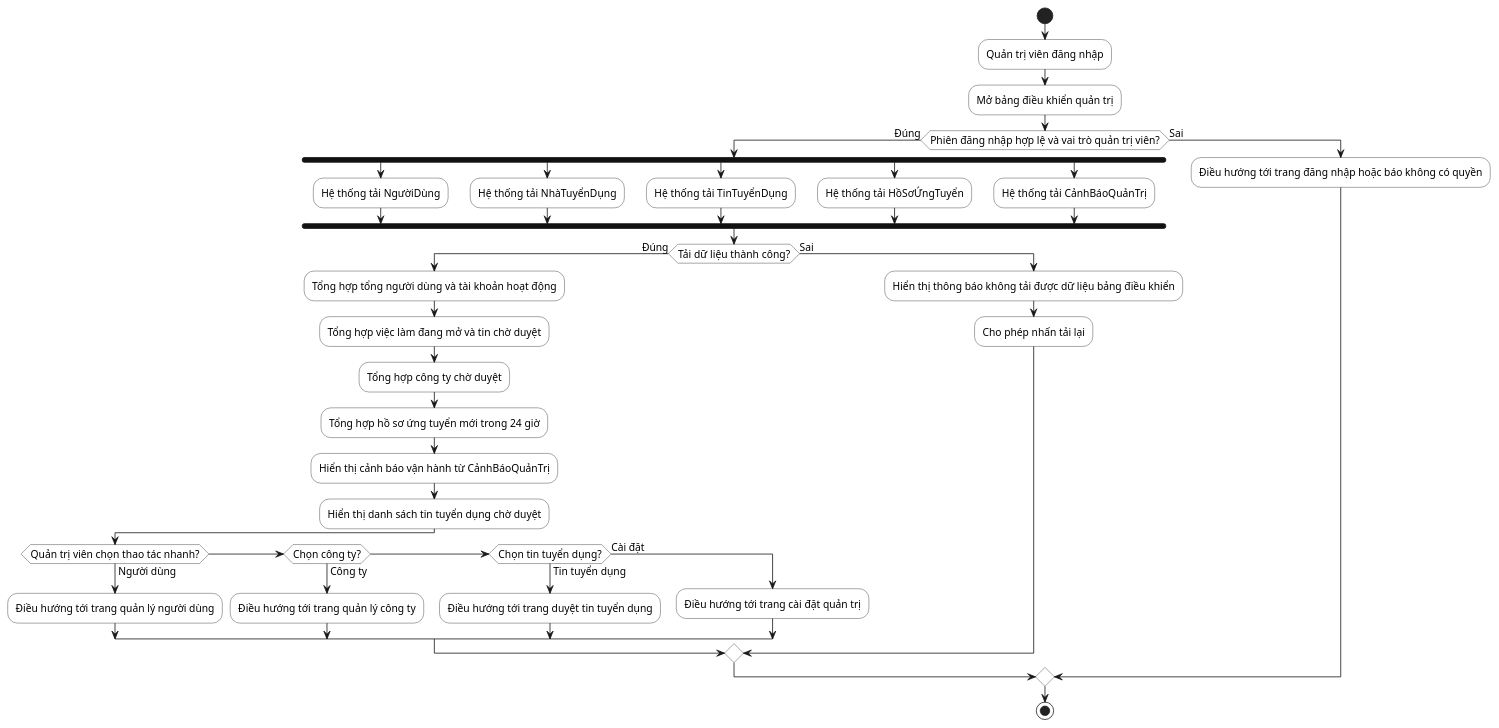
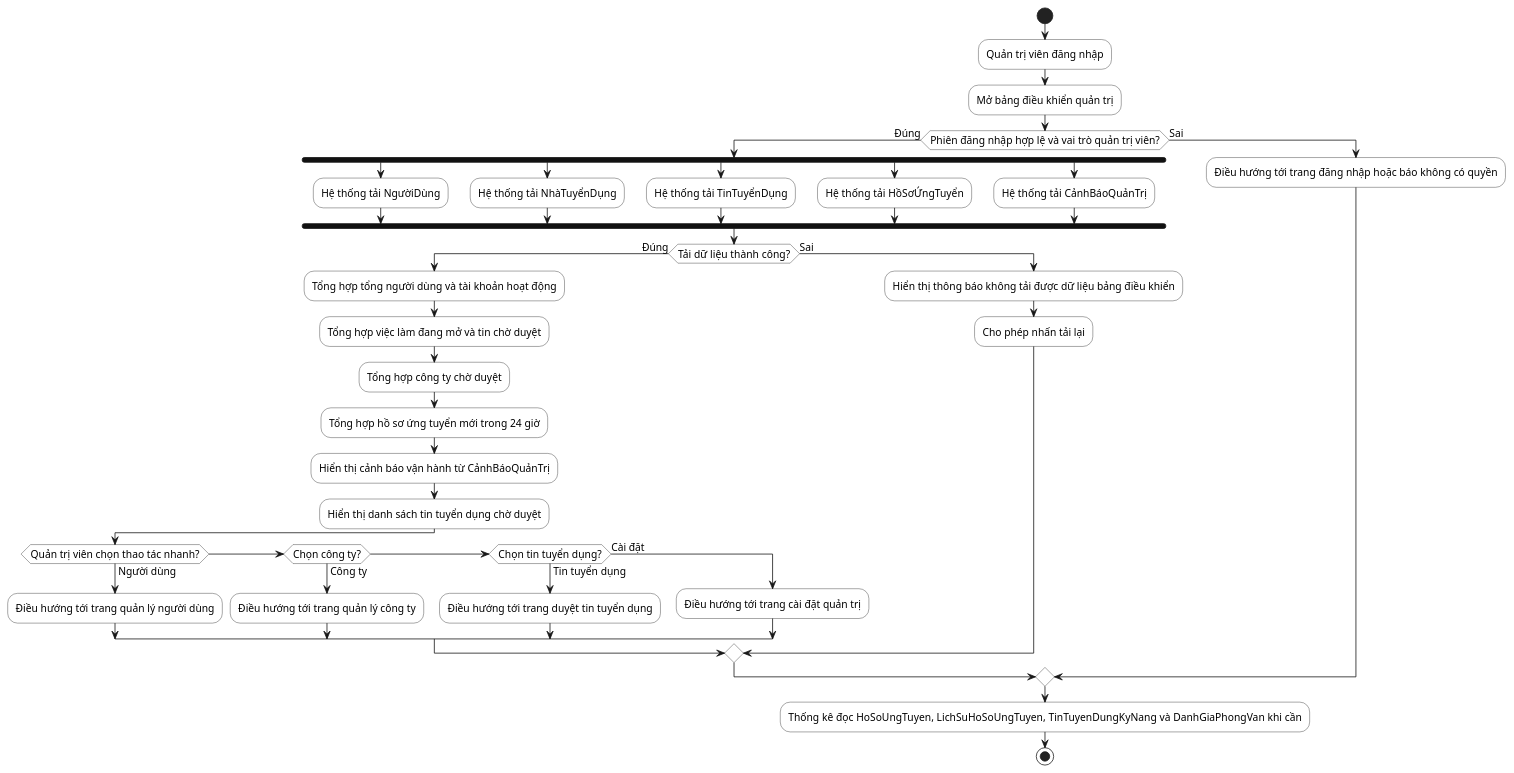
One commit to hole-six/DoAn changed the diagram in docs/so-do/02-activity/25-activity-xem-thong-ke-he-thong.puml. Above: the diagram before and after it, drawn with PlantUML. The commit also changed 66 other files, not shown here.

```diff
--- a/docs/so-do/02-activity/25-activity-xem-thong-ke-he-thong.puml
+++ b/docs/so-do/02-activity/25-activity-xem-thong-ke-he-thong.puml
@@ -1,52 +1,53 @@
 @startuml
 skinparam defaultFontName "Segoe UI"
 skinparam defaultFontSize 13
 skinparam shadowing false
 skinparam linetype ortho
 skinparam activity {
   BackgroundColor White
   BorderColor #222222
   DiamondBackgroundColor White
   DiamondBorderColor #222222
   BarColor #111111
 }
 start
 :Quản trị viên đăng nhập;
 :Mở bảng điều khiển quản trị;
 if (Phiên đăng nhập hợp lệ và vai trò quản trị viên?) then (Đúng)
   fork
     :Hệ thống tải NgườiDùng;
   fork again
     :Hệ thống tải NhàTuyểnDụng;
   fork again
     :Hệ thống tải TinTuyểnDụng;
   fork again
     :Hệ thống tải HồSơỨngTuyển;
   fork again
     :Hệ thống tải CảnhBáoQuảnTrị;
   end fork
   if (Tải dữ liệu thành công?) then (Đúng)
     :Tổng hợp tổng người dùng và tài khoản hoạt động;
     :Tổng hợp việc làm đang mở và tin chờ duyệt;
     :Tổng hợp công ty chờ duyệt;
     :Tổng hợp hồ sơ ứng tuyển mới trong 24 giờ;
     :Hiển thị cảnh báo vận hành từ CảnhBáoQuảnTrị;
     :Hiển thị danh sách tin tuyển dụng chờ duyệt;
     if (Quản trị viên chọn thao tác nhanh?) then (Người dùng)
       :Điều hướng tới trang quản lý người dùng;
     elseif (Chọn công ty?) then (Công ty)
       :Điều hướng tới trang quản lý công ty;
     elseif (Chọn tin tuyển dụng?) then (Tin tuyển dụng)
       :Điều hướng tới trang duyệt tin tuyển dụng;
     else (Cài đặt)
       :Điều hướng tới trang cài đặt quản trị;
     endif
   else (Sai)
     :Hiển thị thông báo không tải được dữ liệu bảng điều khiển;
     :Cho phép nhấn tải lại;
   endif
 else (Sai)
   :Điều hướng tới trang đăng nhập hoặc báo không có quyền;
 endif
+:Thống kê đọc HoSoUngTuyen, LichSuHoSoUngTuyen, TinTuyenDungKyNang và DanhGiaPhongVan khi cần;
 stop
 @enduml
```
